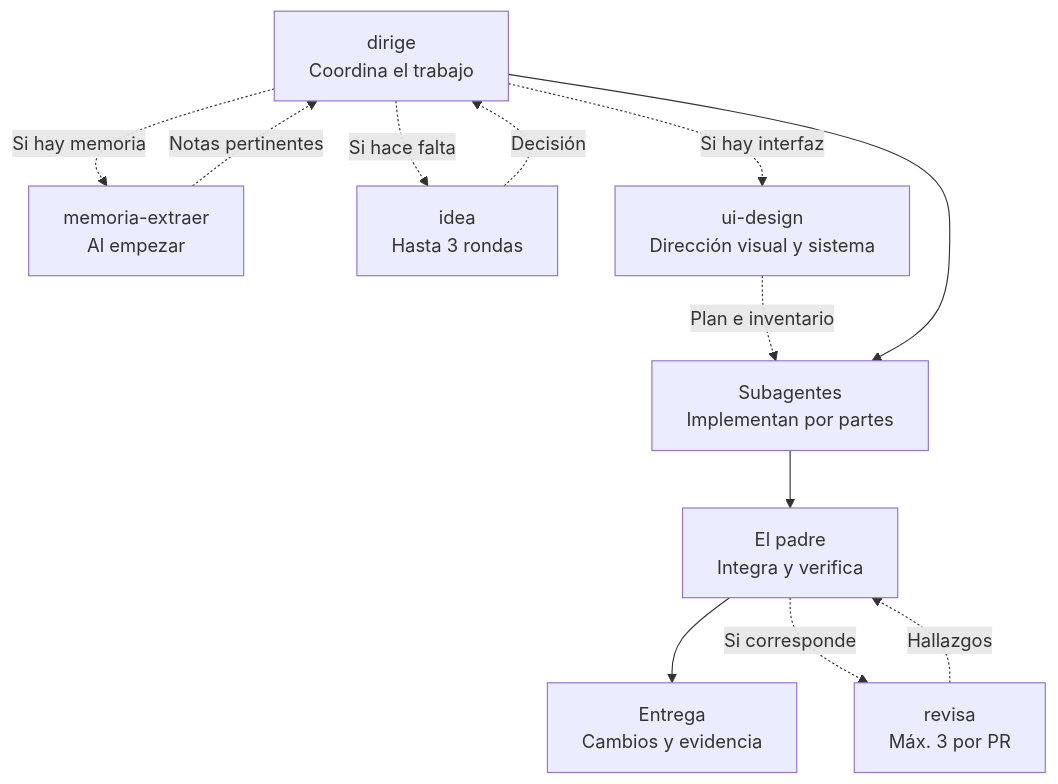
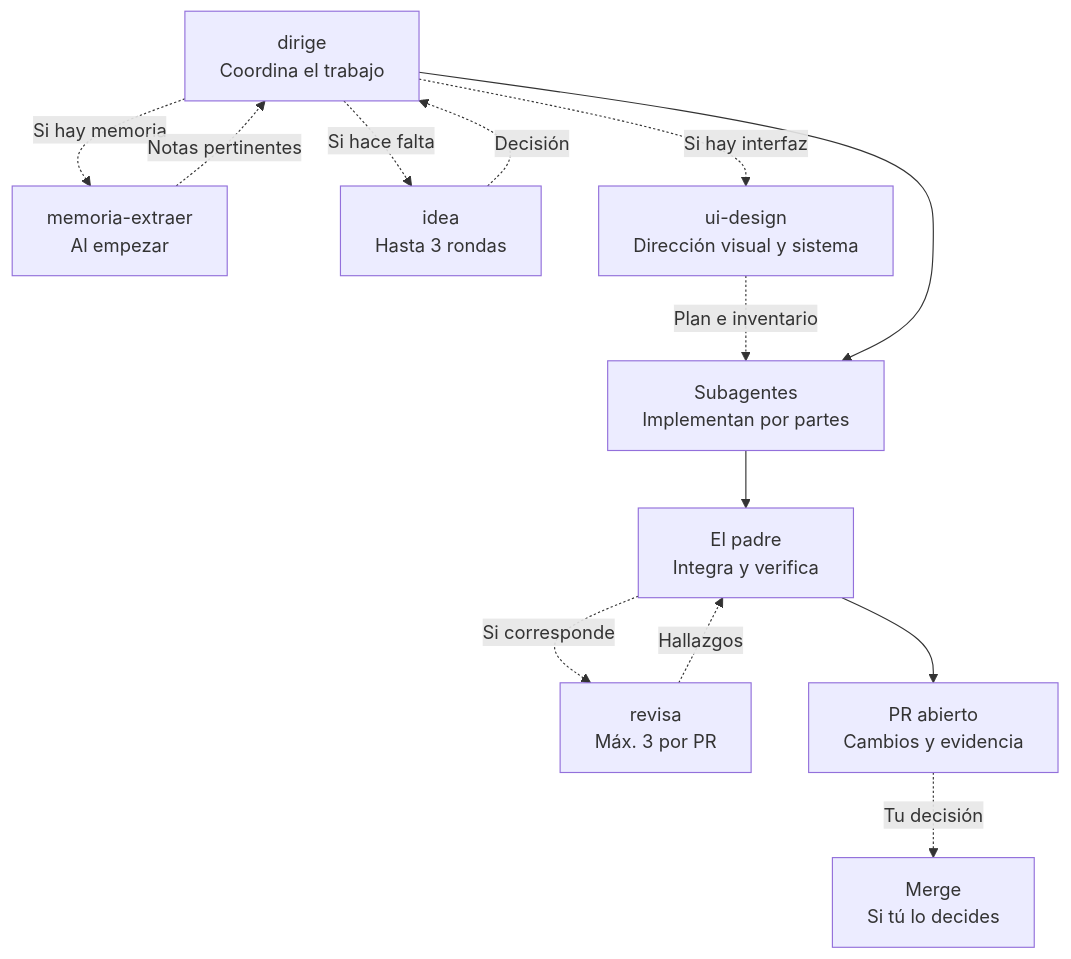
Before and after one commit to peqa-ai/peqa-workflows: the first of 6 diagrams in README.md, drawn with Mermaid. The commit also changed other lines of this file and 2 other files, not shown here.

Commit message:
feat(dirige): todo cambio termina en un PR y el merge lo decide el usuario
- dirige abre siempre el PR contra la rama principal al entregar un
  cambio de archivos: borrador mientras sigue en curso o bloqueado,
  listo al entregar; sin GitHub ni gh informa por qué no hay PR.
- Al terminar pregunta si mezclarlo; mezcla solo con un sí o si el
  encargo ya lo pedía.
- README y escenarios de commits actualizados.

````diff
--- a/README.md
+++ b/README.md
@@ -11,24 +11,26 @@
 ```mermaid
 flowchart TD
     accTitle: Coordinación de una implementación con PEQA
-    accDescr: Al empezar, dirige recupera con memoria-extraer las notas del proyecto pertinentes para el encargo, si hay memoria. El padre coordina subagentes, integra y verifica su trabajo. Puede consultar idea para decisiones, fijar con ui-design la dirección visual antes de repartir trabajo de interfaz y pedir a revisa una revisión independiente. Los resultados vuelven al padre, que conserva la responsabilidad de entregar.
+    accDescr: Al empezar, dirige recupera con memoria-extraer las notas del proyecto pertinentes para el encargo, si hay memoria. El padre coordina subagentes, integra y verifica su trabajo. Puede consultar idea para decisiones, fijar con ui-design la dirección visual antes de repartir trabajo de interfaz y pedir a revisa una revisión independiente. Los resultados vuelven al padre, que conserva la responsabilidad de entregar. La entrega es un PR abierto, y el merge solo ocurre si el usuario lo decide.
 
     dirige["dirige<br/>Coordina el trabajo"]
     memoria["memoria-extraer<br/>Al empezar"]
     idea["idea<br/>Hasta 3 rondas"]
     ui["ui-design<br/>Dirección visual y sistema"]
     agentes["Subagentes<br/>Implementan por partes"]
     padre["El padre<br/>Integra y verifica"]
     revisa["revisa<br/>Máx. 3 por PR"]
-    entrega["Entrega<br/>Cambios y evidencia"]
+    entrega["PR abierto<br/>Cambios y evidencia"]
+    merge["Merge<br/>Si tú lo decides"]
 
     dirige -. "Si hay memoria" .-> memoria
     memoria -. "Notas pertinentes" .-> dirige
     dirige -. "Si hace falta" .-> idea
     idea -. "Decisión" .-> dirige
     dirige -. "Si hay interfaz" .-> ui
     ui -. "Plan e inventario" .-> agentes
     dirige --> agentes --> padre --> entrega
+    entrega -. "Tu decisión" .-> merge
     padre -. "Si corresponde" .-> revisa
     revisa -. "Hallazgos" .-> padre
 ```
````
